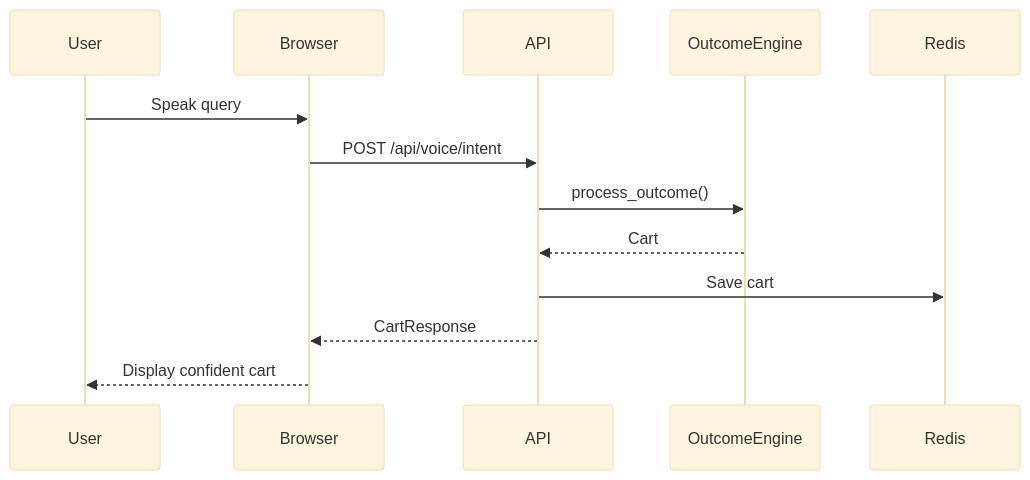
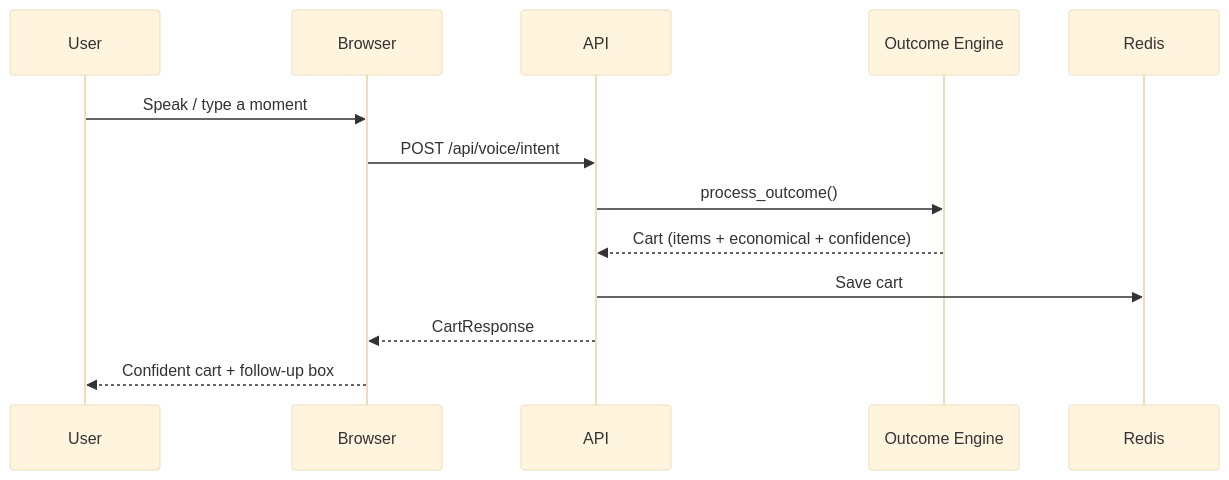
The third of 11 diagrams in SYSTEM_ARCHITECTURE.md (Strizzyy/NowCart), drawn with Mermaid (base theme) before and after one commit. The commit also changed other lines of this file and 2 other files, not shown here.

Commit message:
refined readme and system architecture

````diff
--- a/SYSTEM_ARCHITECTURE.md
+++ b/SYSTEM_ARCHITECTURE.md
@@ -104,16 +137,15 @@
 ```mermaid
 sequenceDiagram
     participant User
     participant Browser
     participant API
-    participant OutcomeEngine
+    participant Engine as Outcome Engine
     participant Redis
-
-    User->>Browser: Speak query
+    User->>Browser: Speak / type a moment
     Browser->>API: POST /api/voice/intent
-    API->>OutcomeEngine: process_outcome()
-    OutcomeEngine-->>API: Cart
+    API->>Engine: process_outcome()
+    Engine-->>API: Cart (items + economical + confidence)
     API->>Redis: Save cart
     API-->>Browser: CartResponse
-    Browser-->>User: Display confident cart
+    Browser-->>User: Confident cart + follow-up box
 ```
````
